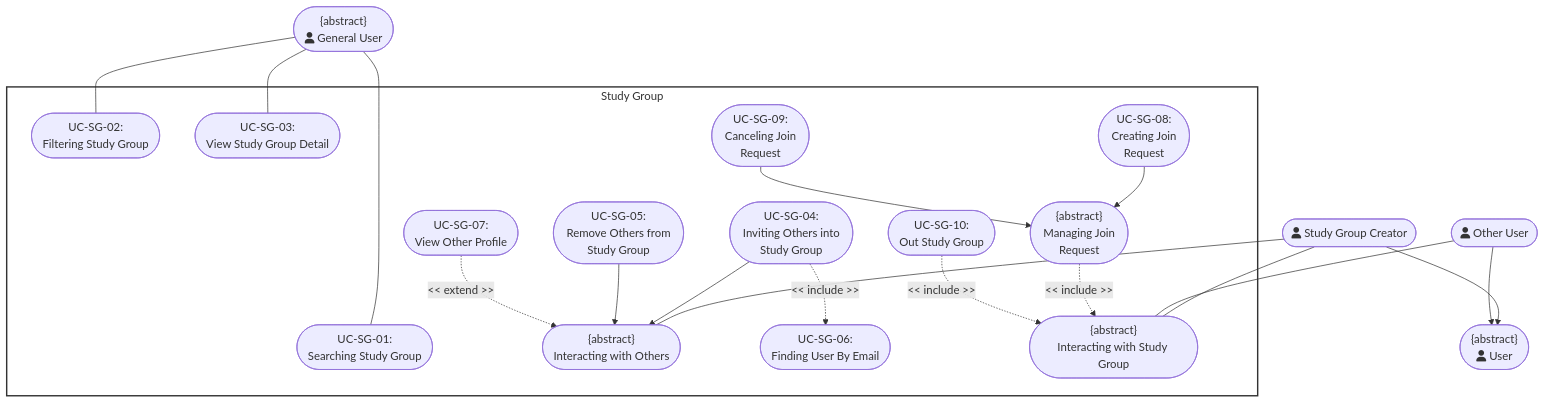
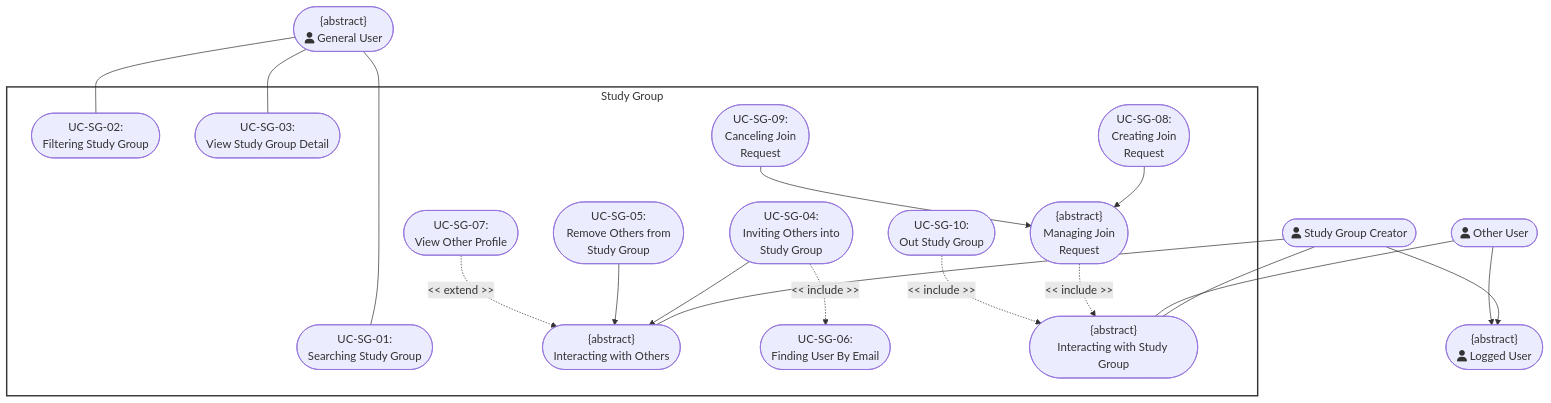
Before and after one commit to DuyNhat1705/AmeThyst-Library: the sixth of 9 diagrams in docs/management/PA3/Use-CaseSpecification.md, drawn with Mermaid. The commit also changed other lines of this file and 4 other files, not shown here.

````diff
--- a/docs/management/PA3/Use-CaseSpecification.md
+++ b/docs/management/PA3/Use-CaseSpecification.md
@@ -2845,40 +2837,40 @@
 ```mermaid
 flowchart TD
  subgraph StudyGroup["Study Group"]
         UC1(["<center>UC-SG-01:<br>Searching Study Group</center>"])
         UC2(["<center>UC-SG-02:<br>Filtering Study Group</center>"])
         UC3(["<center>UC-SG-03:<br>View Study Group Detail</center>"])
         UC5(["<center>UC-SG-04:<br>Inviting Others into<br>Study Group</center>"])
         UC4(["<center>{abstract}<br>Interacting with Others</center>"])
         UC6(["<center>UC-SG-05:<br>Remove Others from<br>Study Group</center>"])
         UC7(["<center>UC-SG-06:<br>Finding User By Email</center>"])
         UC8(["<center>UC-SG-07:<br>View Other Profile</center>"])
         UC9(["<center>{abstract}<br>Interacting with Study Group</center>"])
         UC10(["<center>{abstract}<br>Managing Join<br>Request</center>"])
         UC11(["<center>UC-SG-08:<br>Creating Join<br>Request</center>"])
         UC12(["<center>UC-SG-09:<br>Canceling Join<br>Request</center>"])
         UC13(["<center>UC-SG-10:<br>Out Study Group</center>"])
   end
-    StudyGroupCreator(["<center>fa:fa-user Study Group Creator</center>"]) --> User(["<center>{abstract}<br>fa:fa-user User</center>"])
+    StudyGroupCreator(["<center>fa:fa-user Study Group Creator</center>"]) --> User(["<center>{abstract}<br>fa:fa-user Logged User</center>"])
     OtherUser(["<center>fa:fa-user Other User</center>"]) --> User
     GeneralUser(["<center>{abstract}<br>fa:fa-user General User</center>"]) ~~~ StudyGroupCreator
     StudyGroupCreator ~~~ User
     GeneralUser ~~~~~ StudyGroup
     GeneralUser --- UC1 & UC2 & UC3
     StudyGroupCreator --- UC4 & UC9
     OtherUser --- UC9
-    
+
     %% Generalization (Specific -> Abstract)
     UC5 --> UC4
     UC6 --> UC4
     UC11 --> UC10
     UC12 --> UC10
 
     %% Includes & Extends (Fixed from misuse of generalization)
     UC5 -. "<< include >>" .-> UC7
     UC8 -. "<< extend >>" .-> UC4
     UC10 -. "<< include >>" .-> UC9
     UC13 -. "<< include >>" .-> UC9
 
     style StudyGroup fill:#fff,stroke:#333,stroke-width:2px
 ```
````
